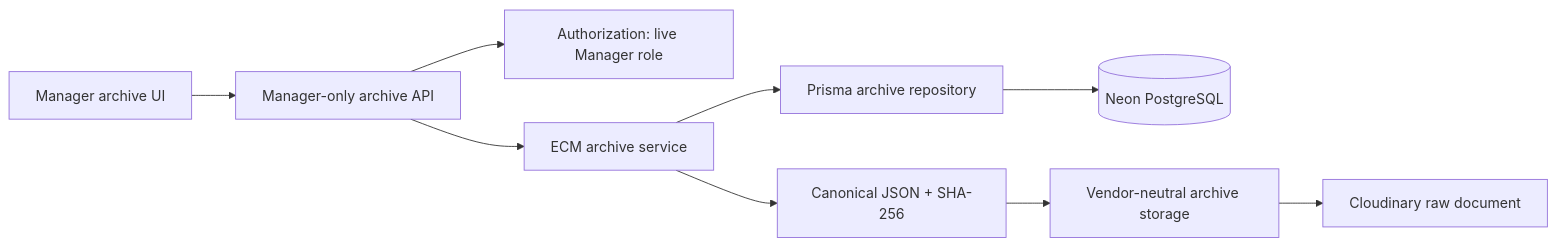
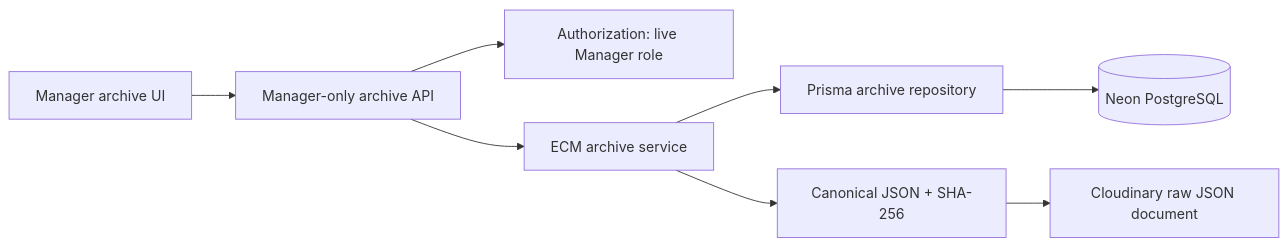
One commit to kokkdd78/AI-Municipal-Analytics-System changed the first of 3 diagrams in docs/ecm-architecture.md. Above: the diagram before and after it, drawn with Mermaid. The commit also changed other lines of this file and 41 other files, not shown here.

````diff
--- a/docs/ecm-architecture.md
+++ b/docs/ecm-architecture.md
@@ -48,11 +78,10 @@
 ```mermaid
 flowchart LR
   M[Manager archive UI] --> A[Manager-only archive API]
   A --> Z[Authorization: live Manager role]
   A --> S[ECM archive service]
   S --> R[Prisma archive repository]
   R --> N[(Neon PostgreSQL)]
   S --> C[Canonical JSON + SHA-256]
-  C --> ST[Vendor-neutral archive storage]
-  ST --> CL[Cloudinary raw document]
+  C --> CL[Cloudinary raw JSON document]
 ```
````
